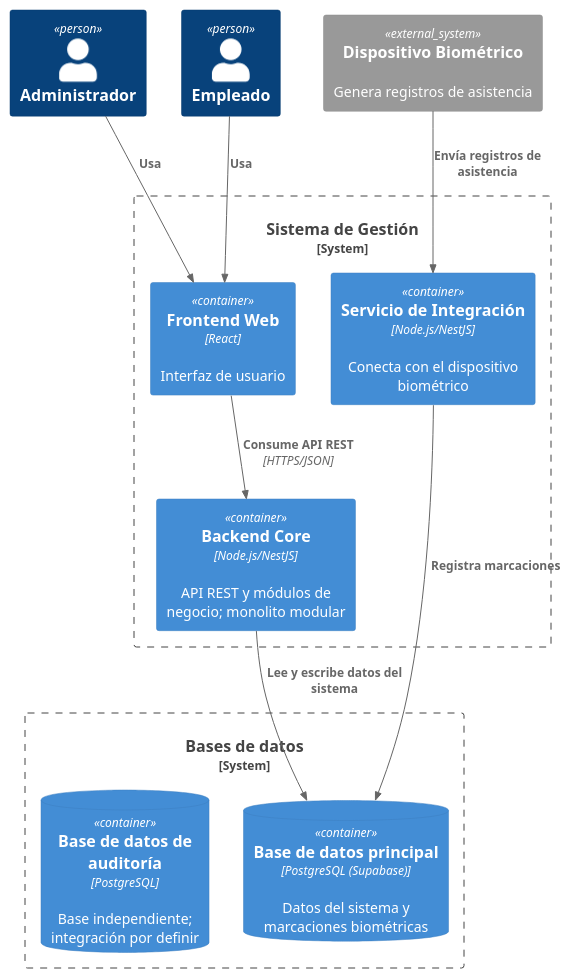
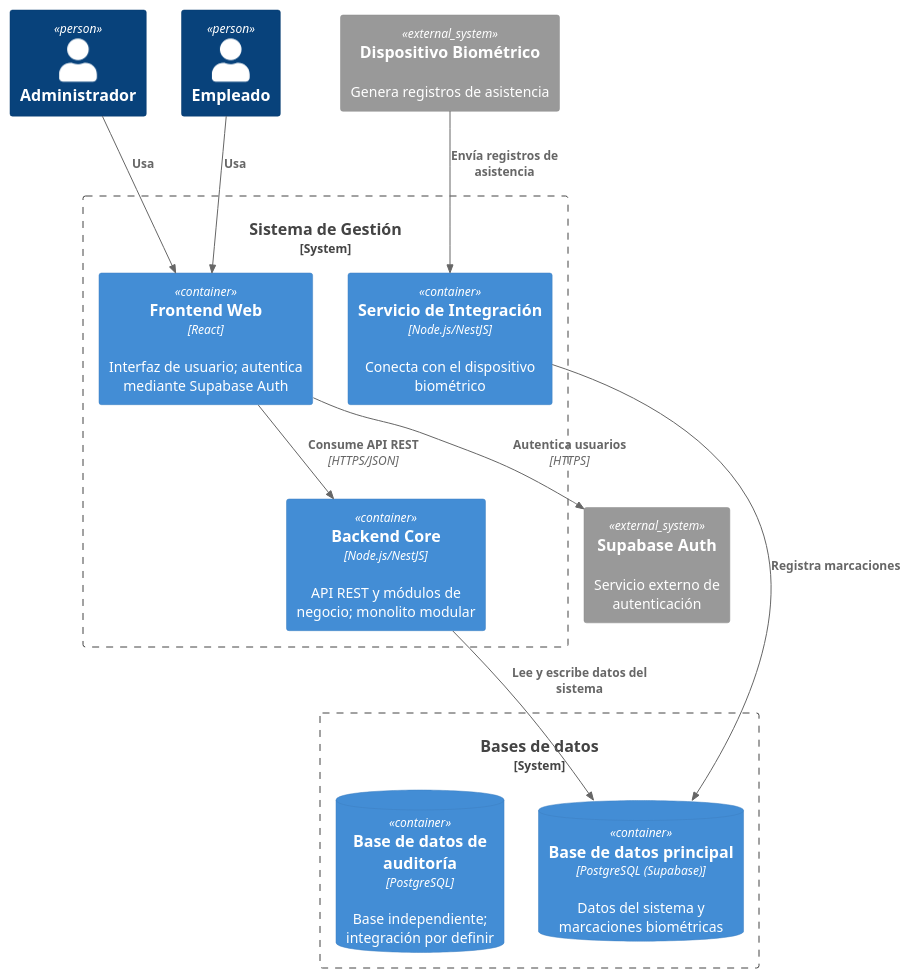
One commit to sisgal-platform/sisgal-docs changed the diagram in docs/diagrams/source/containers.puml. Above: the diagram before and after it, drawn with PlantUML.

Commit message:
docs: add Supabase Auth to C4 containers

```diff
--- a/docs/diagrams/source/containers.puml
+++ b/docs/diagrams/source/containers.puml
@@ -1,27 +1,29 @@
 @startuml C4_Container
 !include https://raw.githubusercontent.com/plantuml-stdlib/C4-PlantUML/master/C4_Container.puml
 
 Person(admin, "Administrador")
 Person(employee, "Empleado")
 
 System_Boundary(system, "Sistema de Gestión") {
-    Container(frontend, "Frontend Web", "React", "Interfaz de usuario")
+    Container(frontend, "Frontend Web", "React", "Interfaz de usuario; autentica mediante Supabase Auth")
     Container(backend, "Backend Core", "Node.js/NestJS", "API REST y módulos de negocio; monolito modular")
     Container(integration, "Servicio de Integración", "Node.js/NestJS", "Conecta con el dispositivo biométrico")
 }
 
 System_Boundary(databases, "Bases de datos") {
     ContainerDb(system_db, "Base de datos principal", "PostgreSQL (Supabase)", "Datos del sistema y marcaciones biométricas")
     ContainerDb(audit_db, "Base de datos de auditoría", "PostgreSQL", "Base independiente; integración por definir")
 }
 
 System_Ext(biometric, "Dispositivo Biométrico", "Genera registros de asistencia")
+System_Ext(supabase_auth, "Supabase Auth", "Servicio externo de autenticación")
 
 Rel(admin, frontend, "Usa")
 Rel(employee, frontend, "Usa")
 Rel(frontend, backend, "Consume API REST", "HTTPS/JSON")
+Rel(frontend, supabase_auth, "Autentica usuarios", "HTTPS")
 Rel(backend, system_db, "Lee y escribe datos del sistema")
 Rel(integration, system_db, "Registra marcaciones")
 Rel(biometric, integration, "Envía registros de asistencia")
 
 @enduml
```
